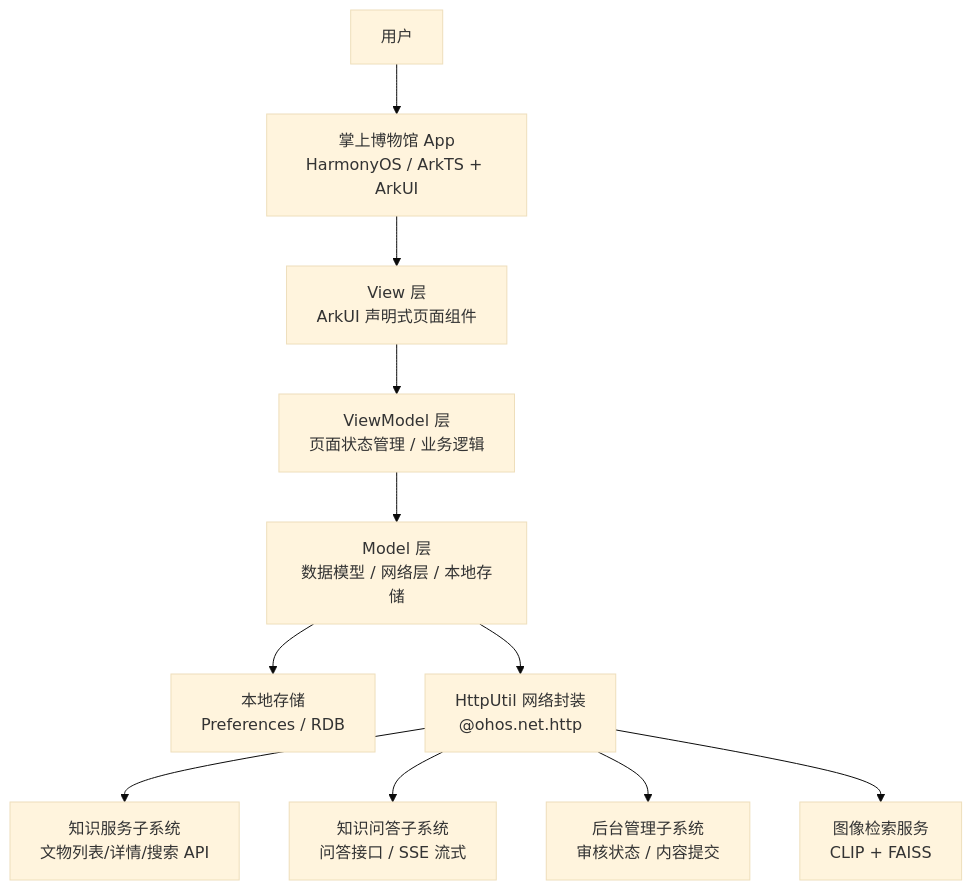
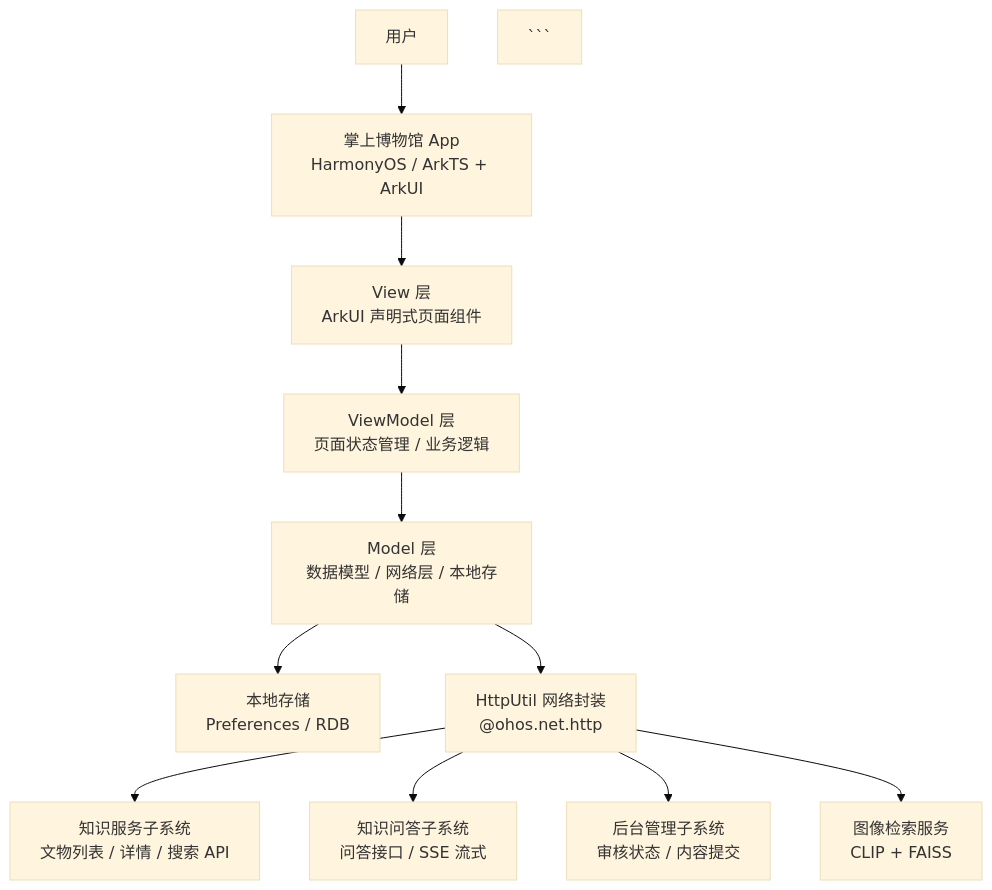
One commit to BUCT-CS2301/PalmMuseum changed the first of 8 diagrams in Doc/设计文档.md. Above: the diagram before and after it, drawn with Mermaid (base theme). The commit also changed other lines of this file, not shown here.

`````diff
--- a/Doc/设计文档.md
+++ b/Doc/设计文档.md
@@ -62,18 +71,17 @@
-```mermaid
+````mermaid
 flowchart TB
-    User[用户] --> App[掌上博物馆 App<br/>HarmonyOS / ArkTS + ArkUI]
+    User["用户"] --> App["掌上博物馆 App<br/>HarmonyOS / ArkTS + ArkUI"]
 
-    App --> View[View 层<br/>ArkUI 声明式页面组件]
-    
-    View --> VM[ViewModel 层<br/>页面状态管理 / 业务逻辑]
-    
-    VM --> Model[Model 层<br/>数据模型 / 网络层 / 本地存储]
+    App --> View["View 层<br/>ArkUI 声明式页面组件"]
+    View --> VM["ViewModel 层<br/>页面状态管理 / 业务逻辑"]
+    VM --> Model["Model 层<br/>数据模型 / 网络层 / 本地存储"]
 
-    Model --> LocalStore[本地存储<br/>Preferences / RDB]
-    Model --> HttpUtil[HttpUtil 网络封装<br/>@ohos.net.http]
+    Model --> LocalStore["本地存储<br/>Preferences / RDB"]
+    Model --> HttpUtil["HttpUtil 网络封装<br/>@ohos.net.http"]
 
-    HttpUtil --> KnowledgeAPI[知识服务子系统<br/>文物列表/详情/搜索 API]
-    HttpUtil --> QA_API[知识问答子系统<br/>问答接口 / SSE 流式]
-    HttpUtil --> AdminAPI[后台管理子系统<br/>审核状态 / 内容提交]
-    HttpUtil --> ImageAPI[图像检索服务<br/>CLIP + FAISS]
+    HttpUtil --> KnowledgeAPI["知识服务子系统<br/>文物列表 / 详情 / 搜索 API"]
+    HttpUtil --> QAAPI["知识问答子系统<br/>问答接口 / SSE 流式"]
+    HttpUtil --> AdminAPI["后台管理子系统<br/>审核状态 / 内容提交"]
+    HttpUtil --> ImageAPI["图像检索服务<br/>CLIP + FAISS"]
 ```
+````
`````
